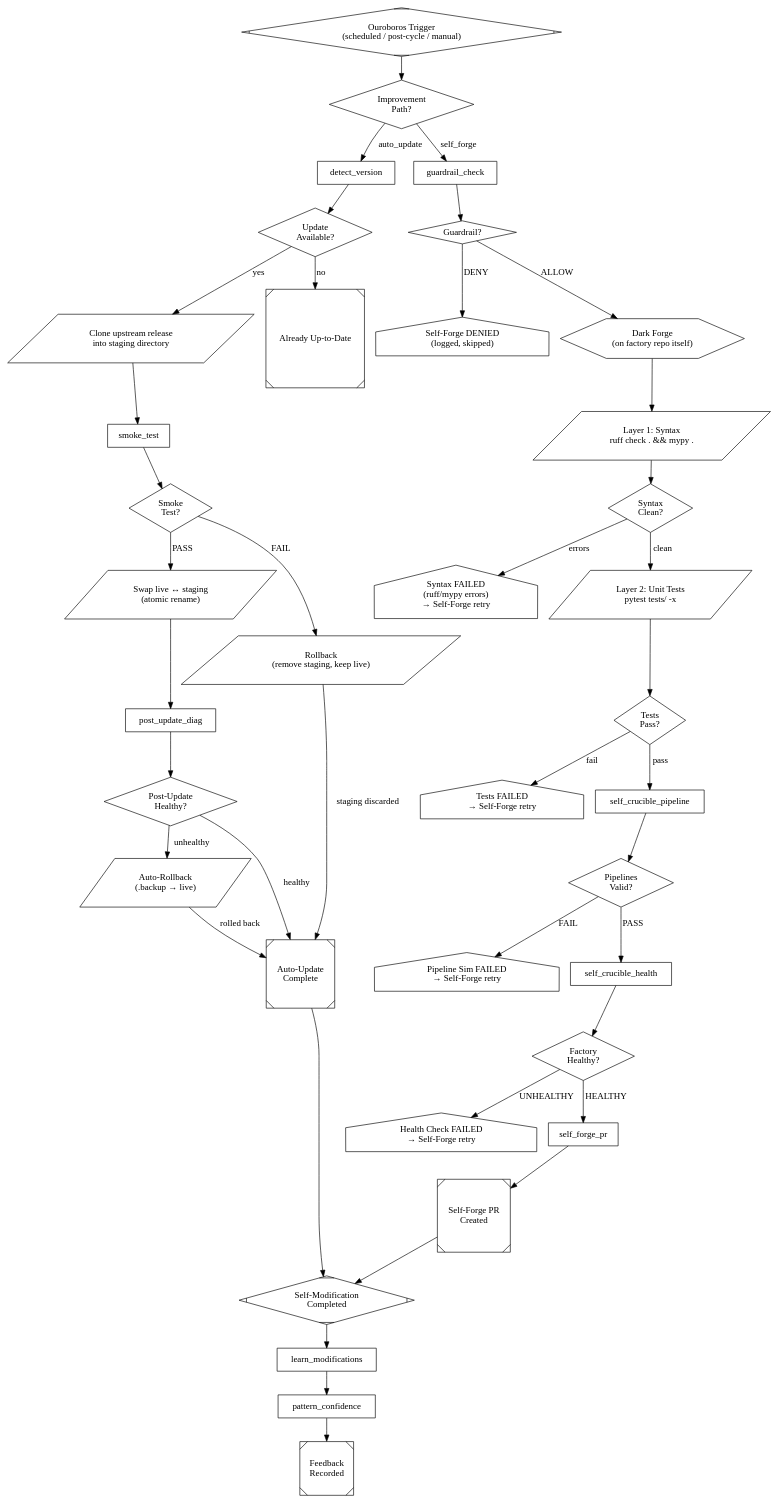
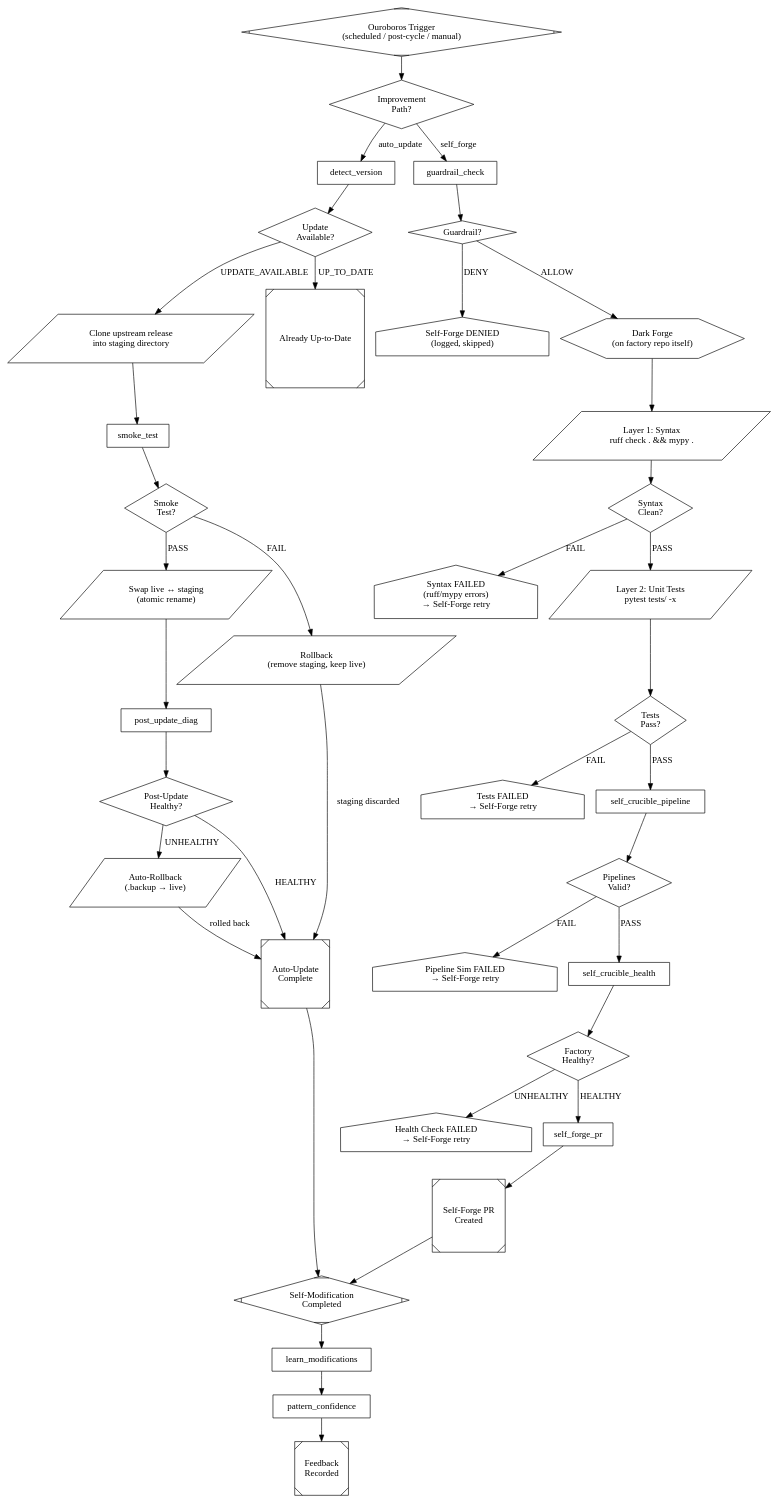
Before and after one commit to ardrodus/dark-fac: the diagram in pipelines/ouroboros.dot, drawn with Graphviz. The commit also changed 6 other files, not shown here.

```diff
--- a/pipelines/ouroboros.dot
+++ b/pipelines/ouroboros.dot
@@ -43,7 +43,7 @@
     // --- Step 1: Detect version ---
     detect_version [
         shape=box,
-        prompt="Check the current factory version against the upstream release.\n\nWorkspace: $workspace\n\nSteps:\n1. Read the local version from $workspace/pyproject.toml or $workspace/dark_factory/__init__.py\n2. Query the upstream release (GitHub releases API or git ls-remote --tags)\n3. Compare semantic versions\n\nOutput:\n- current_version\n- latest_version\n- update_available (bool)\n- changelog_summary (if update available)\n\nWrite results to: $workspace/.dark-factory/ouroboros/version-check.json"
+        prompt="Check the current factory version against the upstream release.\n\nWorkspace: $workspace\n\nSteps:\n1. Read the local version from $workspace/pyproject.toml or $workspace/dark_factory/__init__.py\n2. Query the upstream release (GitHub releases API or git ls-remote --tags)\n3. Compare semantic versions\n\nWrite results to: $workspace/.dark-factory/ouroboros/version-check.json\nInclude: current_version, latest_version, update_available, changelog_summary\n\nOutput your verdict as the final line: UPDATE_AVAILABLE or UP_TO_DATE"
     ]
     version_check [shape=diamond, label="Update\nAvailable?"]
 
@@ -94,14 +94,14 @@
     // --- Auto-Update flow ---
     path_select -> detect_version [label="auto_update"]
     detect_version -> version_check
-    version_check -> staging_deploy [label="yes"]
-    version_check -> update_skipped [label="no"]
+    version_check -> staging_deploy [label="UPDATE_AVAILABLE"]
+    version_check -> update_skipped [label="UP_TO_DATE"]
     staging_deploy -> smoke_test -> smoke_verdict
     smoke_verdict -> swap_live [label="PASS"]
     smoke_verdict -> rollback [label="FAIL"]
     swap_live -> post_update_diag -> post_diag_verdict
-    post_diag_verdict -> update_done [label="healthy"]
-    post_diag_verdict -> auto_rollback [label="unhealthy"]
+    post_diag_verdict -> update_done [label="HEALTHY"]
+    post_diag_verdict -> auto_rollback [label="UNHEALTHY"]
     auto_rollback -> update_done [label="rolled back"]
     rollback -> update_done [label="staging discarded"]
 
@@ -180,11 +180,11 @@
     guardrail_verdict -> self_forge [label="ALLOW"]
     guardrail_verdict -> guardrail_denied [label="DENY"]
     self_forge -> self_crucible_syntax -> syntax_verdict
-    syntax_verdict -> self_crucible_tests [label="clean"]
-    syntax_verdict -> syntax_failed [label="errors"]
+    syntax_verdict -> self_crucible_tests [label="PASS"]
+    syntax_verdict -> syntax_failed [label="FAIL"]
     self_crucible_tests -> tests_verdict
-    tests_verdict -> self_crucible_pipeline [label="pass"]
-    tests_verdict -> tests_failed [label="fail"]
+    tests_verdict -> self_crucible_pipeline [label="PASS"]
+    tests_verdict -> tests_failed [label="FAIL"]
     self_crucible_pipeline -> pipeline_verdict
     pipeline_verdict -> self_crucible_health [label="PASS"]
     pipeline_verdict -> pipeline_failed [label="FAIL"]
```
